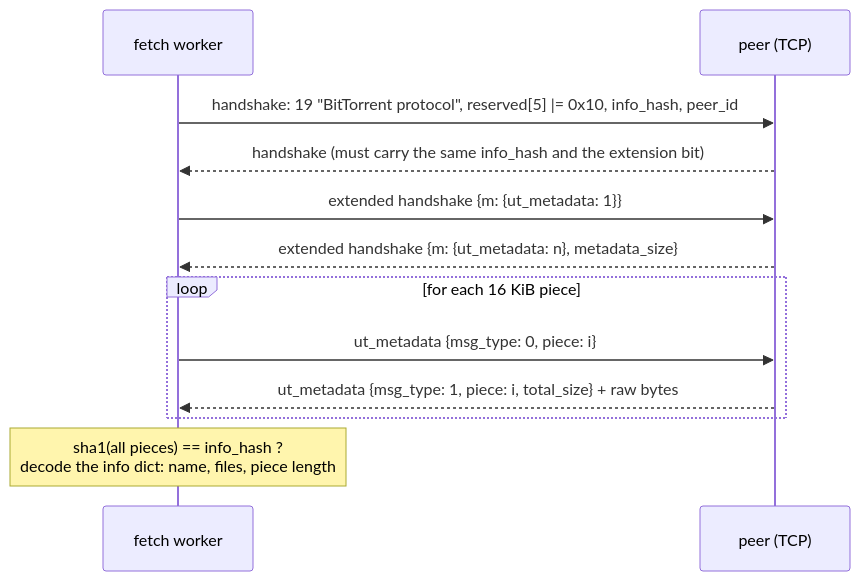
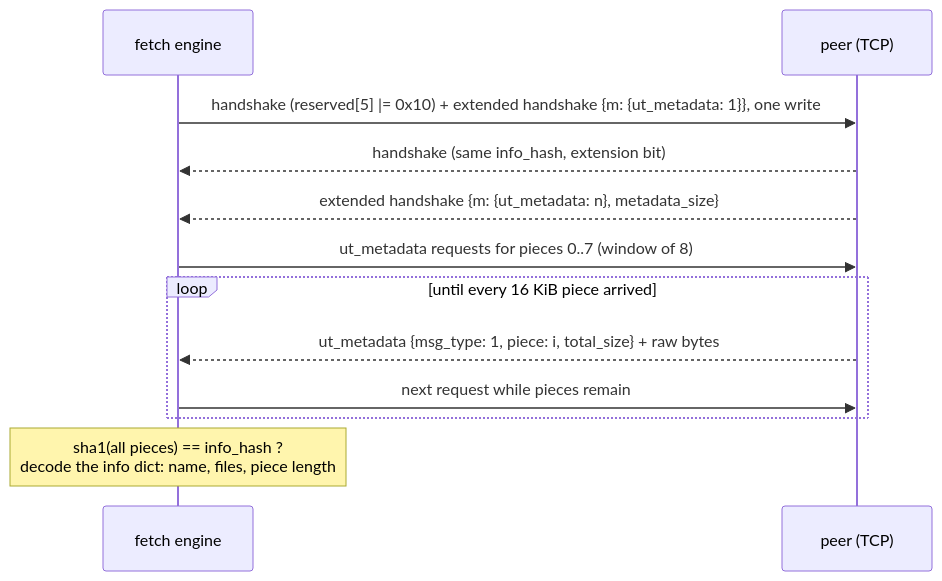
Before and after one commit to J4GL/LIF: the fifth of 7 diagrams in README.md, drawn with Mermaid. The commit also changed other lines of this file and 32 other files, not shown here.

First line of the commit message:
Speed up hash discovery and metadata downloads

````diff
--- a/README.md
+++ b/README.md
@@ -215,14 +239,14 @@
 ```mermaid
 sequenceDiagram
-    participant W as fetch worker
+    participant W as fetch engine
     participant P as peer (TCP)
-    W->>P: handshake: 19 "BitTorrent protocol", reserved[5] |= 0x10, info_hash, peer_id
-    P-->>W: handshake (must carry the same info_hash and the extension bit)
-    W->>P: extended handshake {m: {ut_metadata: 1}}
+    W->>P: handshake (reserved[5] |= 0x10) + extended handshake {m: {ut_metadata: 1}}, one write
+    P-->>W: handshake (same info_hash, extension bit)
     P-->>W: extended handshake {m: {ut_metadata: n}, metadata_size}
-    loop for each 16 KiB piece
-        W->>P: ut_metadata {msg_type: 0, piece: i}
+    W->>P: ut_metadata requests for pieces 0..7 (window of 8)
+    loop until every 16 KiB piece arrived
         P-->>W: ut_metadata {msg_type: 1, piece: i, total_size} + raw bytes
+        W->>P: next request while pieces remain
     end
     Note over W: sha1(all pieces) == info_hash ?<br/>decode the info dict: name, files, piece length
 ```
````
